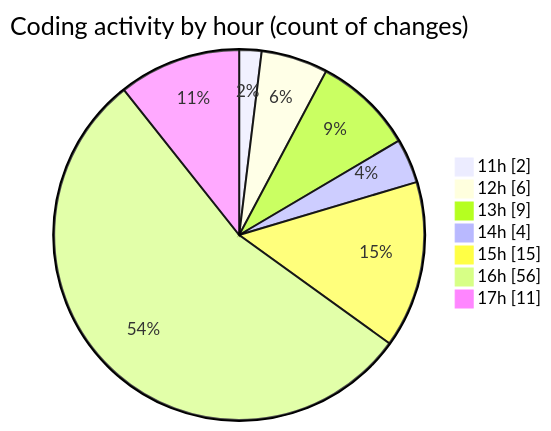
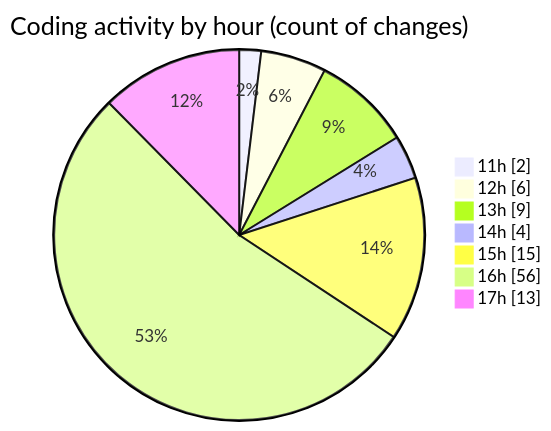
Before and after one commit to nxtqubesakshisongat/code-tracking: the second of 2 diagrams in 2025-06-30/argos/README.md, drawn with Mermaid. The commit also changed other lines of this file and 1 other file, not shown here.

````diff
--- a/2025-06-30/argos/README.md
+++ b/2025-06-30/argos/README.md
@@ -36,11 +37,11 @@
 ```mermaid
 pie showData
 title Coding activity by hour (count of changes)
 "11h" : 2
 "12h" : 6
 "13h" : 9
 "14h" : 4
 "15h" : 15
 "16h" : 56
-"17h" : 11
+"17h" : 13
 ```
````
